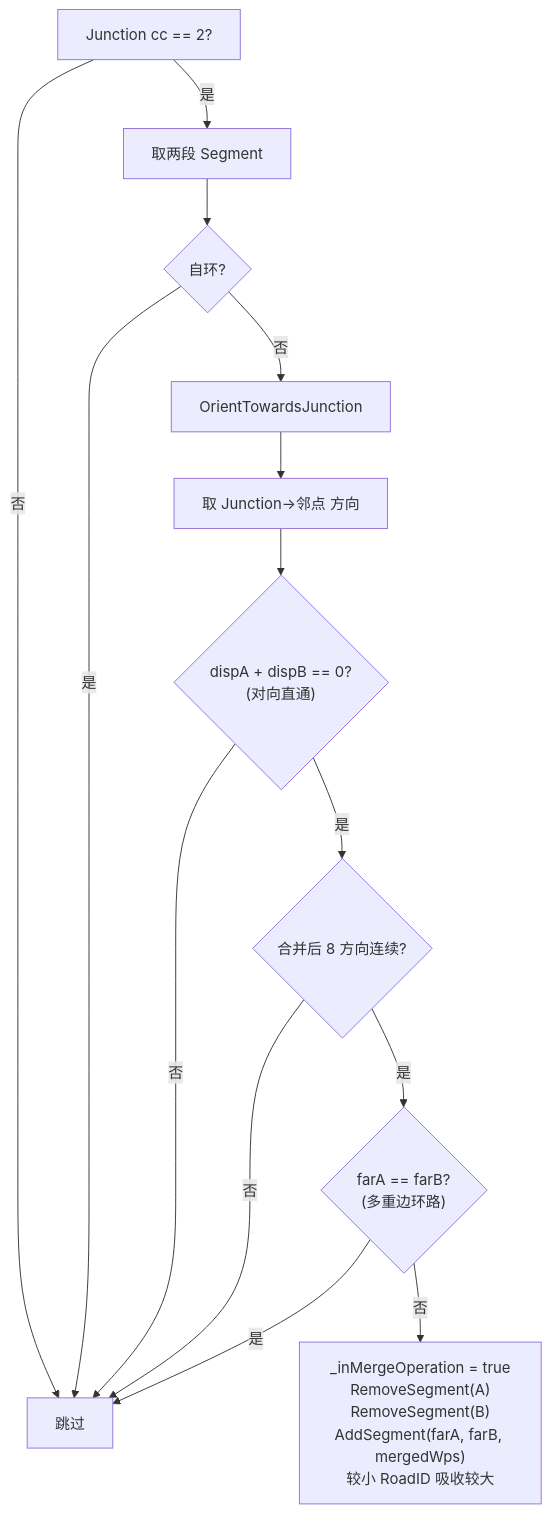
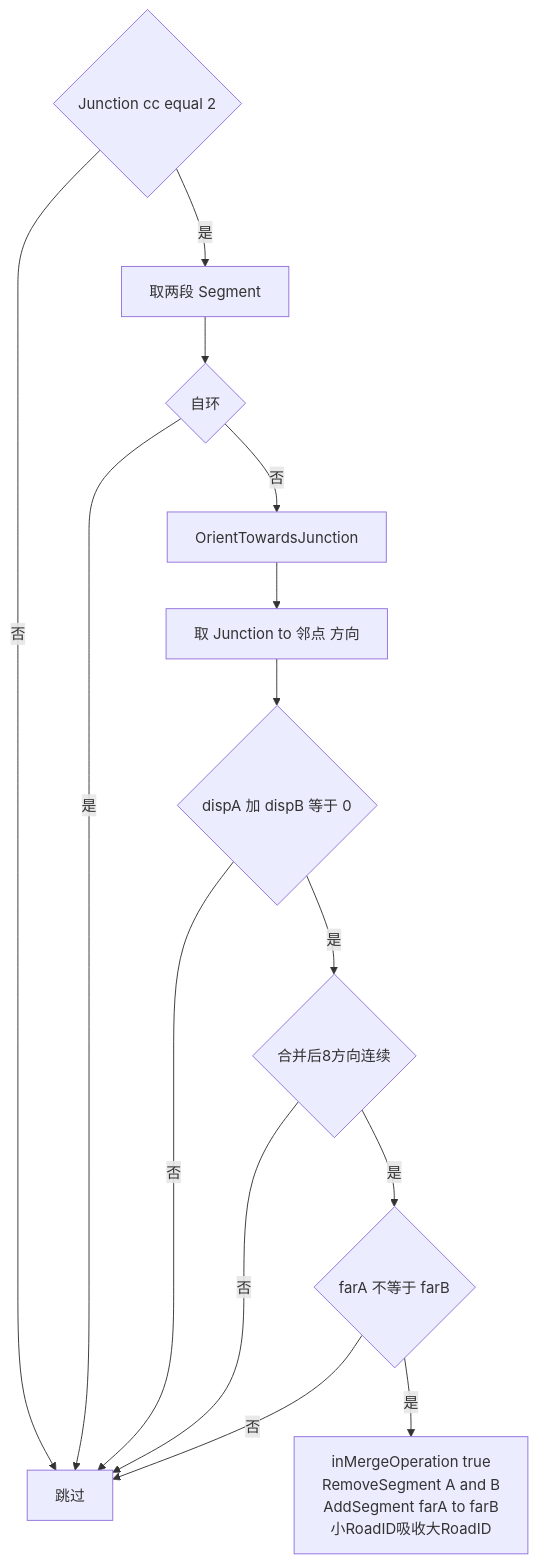
The eighth of 9 diagrams in docs/game-logic.md (xianfishyu/SimpleCities), drawn with Mermaid before and after one commit. The commit also changed other lines of this file, not shown here.

First line of the commit message:
#修复：mermaid语法修复 - 图2/3/5/7

````diff
--- a/docs/game-logic.md
+++ b/docs/game-logic.md
@@ -396,16 +386,16 @@
 ```mermaid
 flowchart TD
-    Start["Junction cc == 2?"] -->|否| Skip[跳过]
-    Start -->|是| SegAB[取两段 Segment]
-    SegAB --> Guard1{自环?}
+    Start{"Junction cc equal 2"} -->|否| Skip["跳过"]
+    Start -->|是| SegAB["取两段 Segment"]
+    SegAB --> Guard1{"自环"}
     Guard1 -->|是| Skip
-    Guard1 -->|否| Orient[OrientTowardsJunction]
-    Orient --> Dir[取 Junction→邻点 方向]
-    Dir --> Guard2{"dispA + dispB == 0?<br/>(对向直通)"}
+    Guard1 -->|否| Orient["OrientTowardsJunction"]
+    Orient --> Dir["取 Junction to 邻点 方向"]
+    Dir --> Guard2{"dispA 加 dispB 等于 0"}
     Guard2 -->|否| Skip
-    Guard2 -->|是| Guard3{"合并后 8 方向连续?"}
+    Guard2 -->|是| Guard3{"合并后8方向连续"}
     Guard3 -->|否| Skip
-    Guard3 -->|是| Guard4{"farA == farB?<br/>(多重边环路)"}
-    Guard4 -->|是| Skip
-    Guard4 -->|否| Merge["_inMergeOperation = true<br/>RemoveSegment(A)<br/>RemoveSegment(B)<br/>AddSegment(farA, farB, mergedWps)<br/>较小 RoadID 吸收较大"]
+    Guard3 -->|是| Guard4{"farA 不等于 farB"}
+    Guard4 -->|否| Skip
+    Guard4 -->|是| Merge["inMergeOperation true<br>RemoveSegment A and B<br>AddSegment farA to farB<br>小RoadID吸收大RoadID"]
 ```
````
